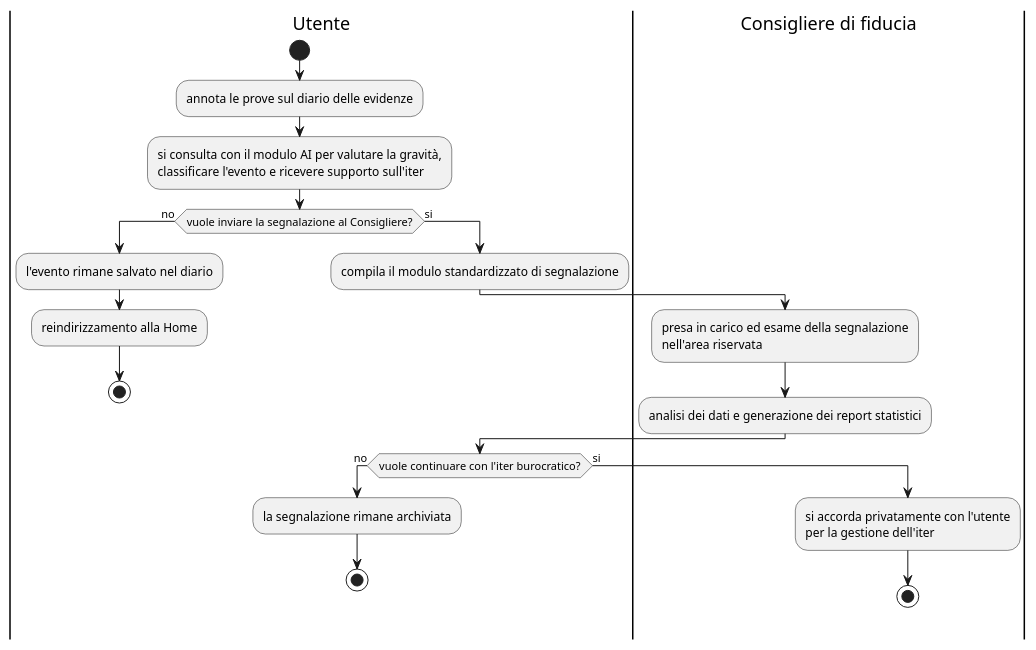
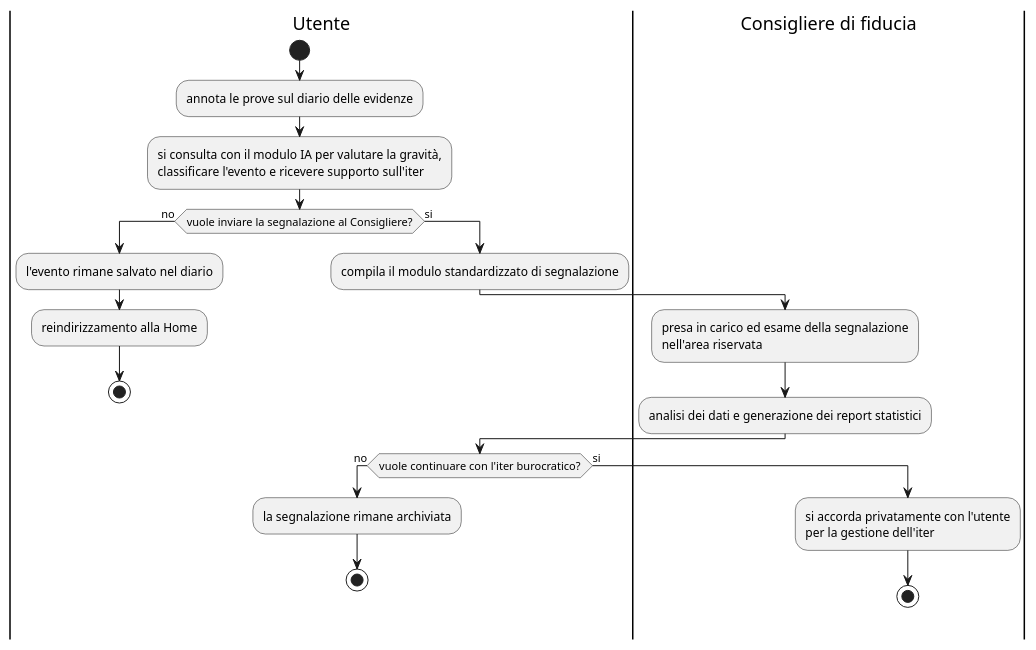
Before and after one commit to pharos-oss/pharos: the diagram in docs/models/activities/AD_02_Sistema_Proposto.puml, drawn with PlantUML. The commit also changed 10 other files, not shown here.

Commit message:
fix: corrette le definizioni nel glossario, aggiunti relativi riferimenti al glossario, aggiornati i diagrammi, aggiornata tabella degli oggetti

```diff
--- a/docs/models/activities/AD_02_Sistema_Proposto.puml
+++ b/docs/models/activities/AD_02_Sistema_Proposto.puml
@@ -1,25 +1,25 @@
 @startuml
 |Utente|
 start
 :annota le prove sul diario delle evidenze;
-:si consulta con il modulo AI per valutare la gravità,\nclassificare l'evento e ricevere supporto sull'iter;
+:si consulta con il modulo IA per valutare la gravità,\nclassificare l'evento e ricevere supporto sull'iter;
 if (vuole inviare la segnalazione al Consigliere?) then (no)
   :l'evento rimane salvato nel diario;
   :reindirizzamento alla Home;
   stop
 else (si)
   :compila il modulo standardizzato di segnalazione;
   |Consigliere di fiducia|
   :presa in carico ed esame della segnalazione\nnell'area riservata;
   :analisi dei dati e generazione dei report statistici;
   |Utente|
   if (vuole continuare con l'iter burocratico?) then (no)
     :la segnalazione rimane archiviata;
     stop
   else (si)
     |Consigliere di fiducia|
     :si accorda privatamente con l'utente\nper la gestione dell'iter;
     stop
   endif
 endif
 @enduml
```
